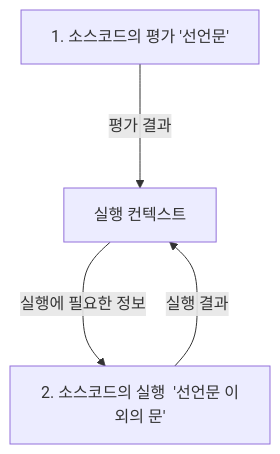
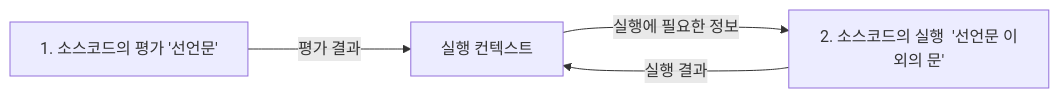
The second of 2 diagrams in src/23 실행 컨텍스트/23 실행 컨텍스트.md (LeeHyeongTae/js_deepdive_study), drawn with Mermaid before and after one commit. The commit also changed other lines of this file, not shown here.

````diff
--- a/src/23 실행 컨텍스트/23 실행 컨텍스트.md
+++ b/src/23 실행 컨텍스트/23 실행 컨텍스트.md
@@ -61,10 +61,10 @@
 ```mermaid
-flowchart TD
+flowchart LR
   code1[1. 소스코드의 평가 '선언문']
   cont[실행 컨텍스트]
   code2[2. 소스코드의 실행  '선언문 이외의 문']
   
   code1 --->|평가 결과| cont
   cont --->|실행에 필요한 정보| code2
   code2 --->|실행 결과| cont
 ```
````
